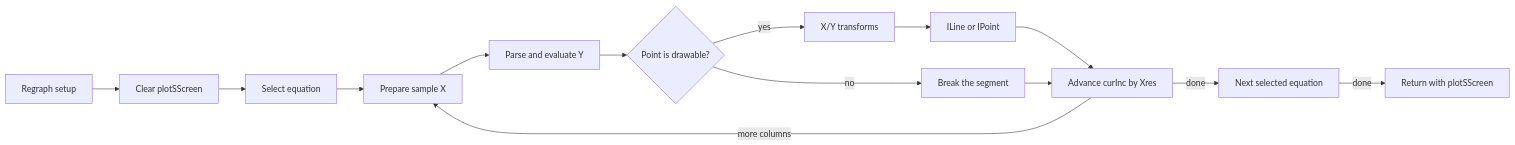
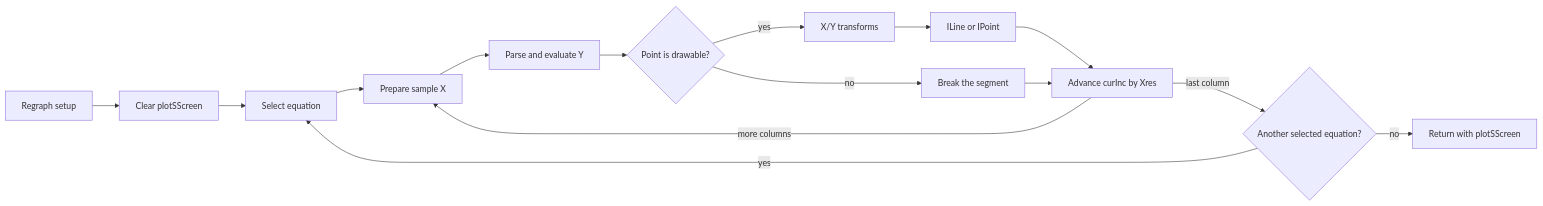
The diagram in docs/sub-graphing.md (siraben/ti84p-re), drawn with Mermaid before and after one commit. The commit also changed 10 other files, not shown here.

Commit message:
Correct the algorithms and data flow shown in the wiki diagrams

````diff
--- a/docs/sub-graphing.md
+++ b/docs/sub-graphing.md
@@ -285,16 +285,17 @@
 ```mermaid
 flowchart LR
     A[Regraph setup] --> B[Clear plotSScreen]
     B --> C[Select equation]
     C --> D[Prepare sample X]
     D --> E[Parse and evaluate Y]
     E --> F{Point is drawable?}
     F -->|yes| G[X/Y transforms]
     G --> H[ILine or IPoint]
     F -->|no| I[Break the segment]
     H --> J[Advance curInc by Xres]
     I --> J
     J -->|more columns| D
-    J -->|done| K[Next selected equation]
-    K -->|done| L[Return with plotSScreen]
+    J -->|last column| K{Another selected equation?}
+    K -->|yes| C
+    K -->|no| L[Return with plotSScreen]
 ```
````
